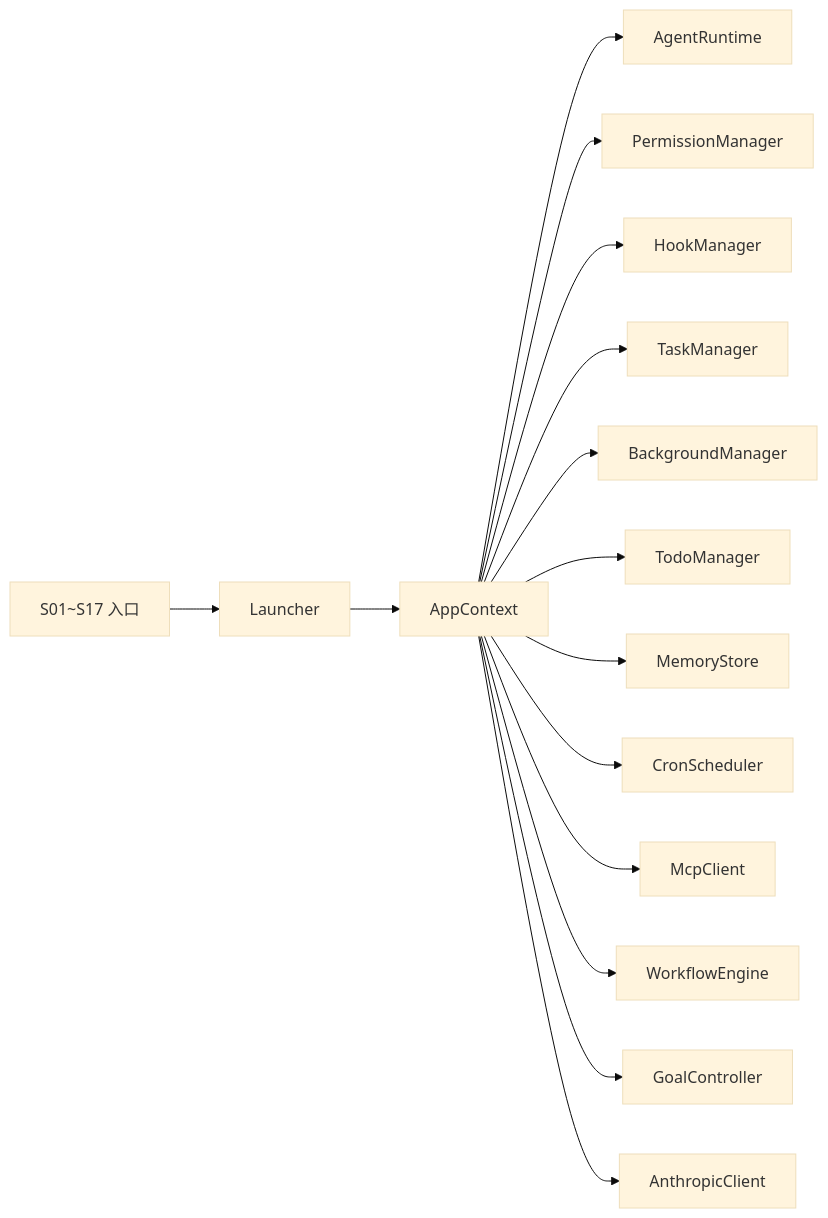
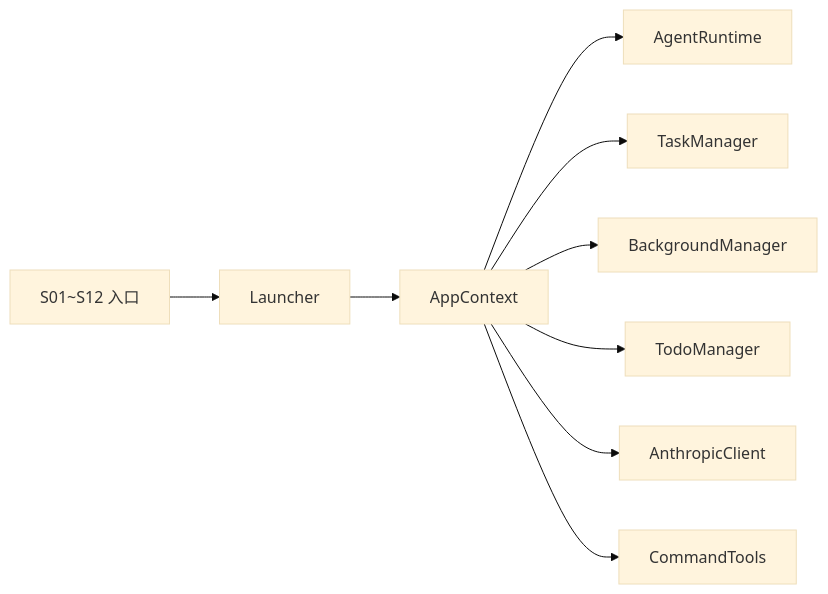
One commit to chenlds1994/learn-claude-code-java changed the third of 3 diagrams in .qoder/repowiki/zh/content/学习阶段详解/学习阶段详解.md. Above: the diagram before and after it, drawn with Mermaid (base theme). The commit also changed other lines of this file and 143 other files, not shown here.

First line of the commit message:
更新 repowiki 与 drawio 教程图至 17 阶段结构

````diff
--- a/.qoder/repowiki/zh/content/学习阶段详解/学习阶段详解.md
+++ b/.qoder/repowiki/zh/content/学习阶段详解/学习阶段详解.md
@@ -165,17 +297,11 @@
 ```mermaid
 graph LR
-S["S01~S17 入口"] --> L["Launcher"]
+S["S01~S12 入口"] --> L["Launcher"]
 L --> AC["AppContext"]
 AC --> RT["AgentRuntime"]
-AC --> PM["PermissionManager"]
-AC --> HK["HookManager"]
 AC --> TM["TaskManager"]
 AC --> BM["BackgroundManager"]
 AC --> TD["TodoManager"]
-AC --> MS["MemoryStore"]
-AC --> CS["CronScheduler"]
-AC --> MC["McpClient"]
-AC --> WE["WorkflowEngine"]
-AC --> GC["GoalController"]
 AC --> CL["AnthropicClient"]
+AC --> CT["CommandTools"]
 ```
````
